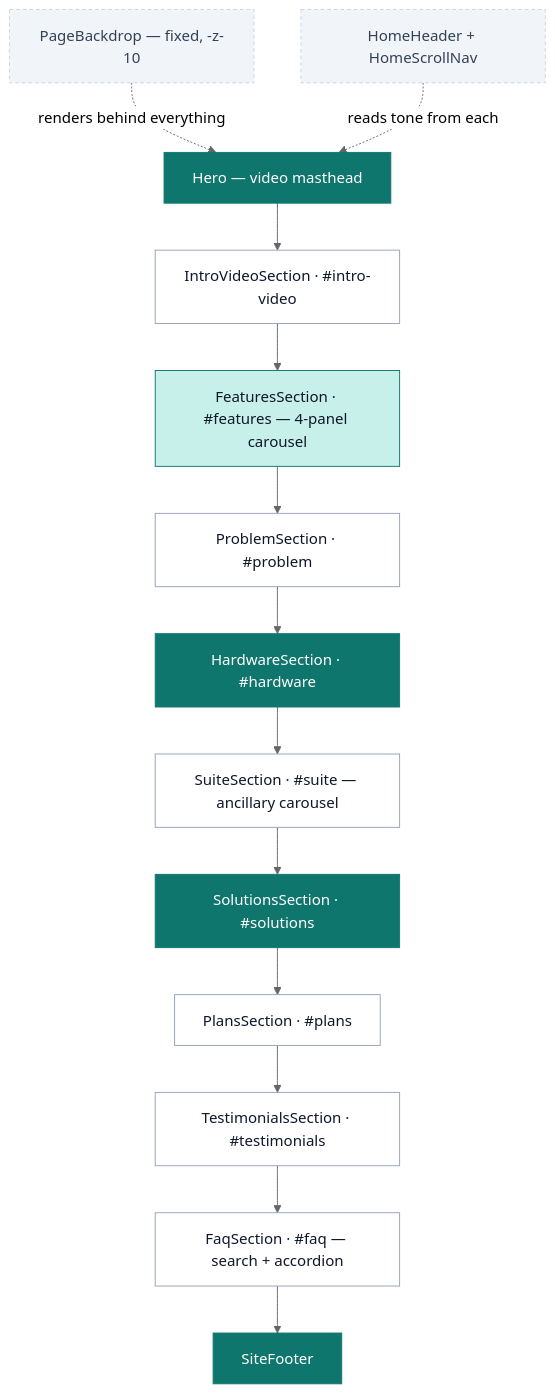
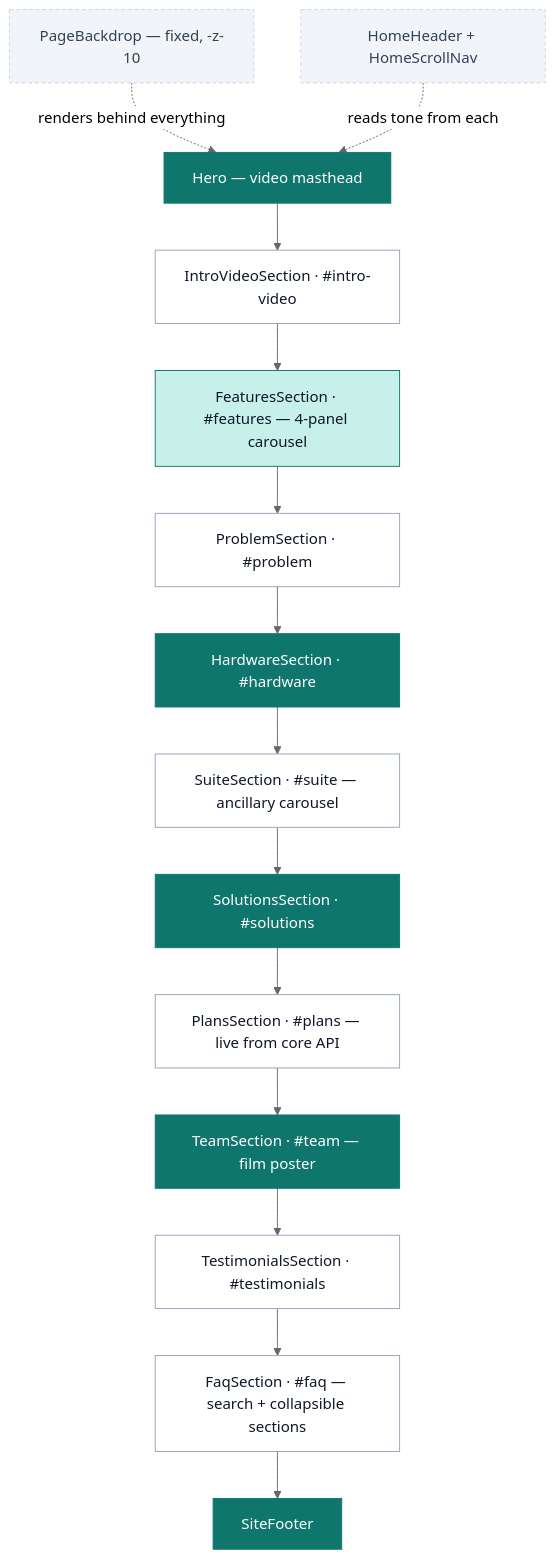
Before and after one commit to odomaurice/pottolite: the first of 4 diagrams in README.md, drawn with Mermaid (neutral theme). The commit also changed other lines of this file and 24 other files, not shown here.

````diff
--- a/README.md
+++ b/README.md
@@ -48,26 +65,27 @@
 ```mermaid
 flowchart TB
     BD["PageBackdrop — fixed, -z-10"]:::util
     HD["HomeHeader + HomeScrollNav"]:::util
 
     H["Hero — video masthead"]:::dark
     IV["IntroVideoSection · #intro-video"]:::light
     F["FeaturesSection · #features — 4-panel carousel"]:::both
     P["ProblemSection · #problem"]:::light
     HW["HardwareSection · #hardware"]:::dark
     SU["SuiteSection · #suite — ancillary carousel"]:::light
     SO["SolutionsSection · #solutions"]:::dark
-    PL["PlansSection · #plans"]:::light
+    PL["PlansSection · #plans — live from core API"]:::light
+    TM["TeamSection · #team — film poster"]:::dark
     T["TestimonialsSection · #testimonials"]:::light
-    FQ["FaqSection · #faq — search + accordion"]:::light
+    FQ["FaqSection · #faq — search + collapsible sections"]:::light
     FT["SiteFooter"]:::dark
 
     BD -.->|"renders behind everything"| H
     HD -.->|"reads tone from each"| H
-    H --> IV --> F --> P --> HW --> SU --> SO --> PL --> T --> FQ --> FT
+    H --> IV --> F --> P --> HW --> SU --> SO --> PL --> TM --> T --> FQ --> FT
 
     classDef light fill:#ffffff,stroke:#94a3b8,color:#0f172a
     classDef dark fill:#0f766e,stroke:#0f766e,color:#ffffff
     classDef both fill:#c7f0ea,stroke:#0f766e,color:#0f172a
     classDef util fill:#f1f5f9,stroke:#cbd5e1,color:#334155,stroke-dasharray:4 3
 ```
````
